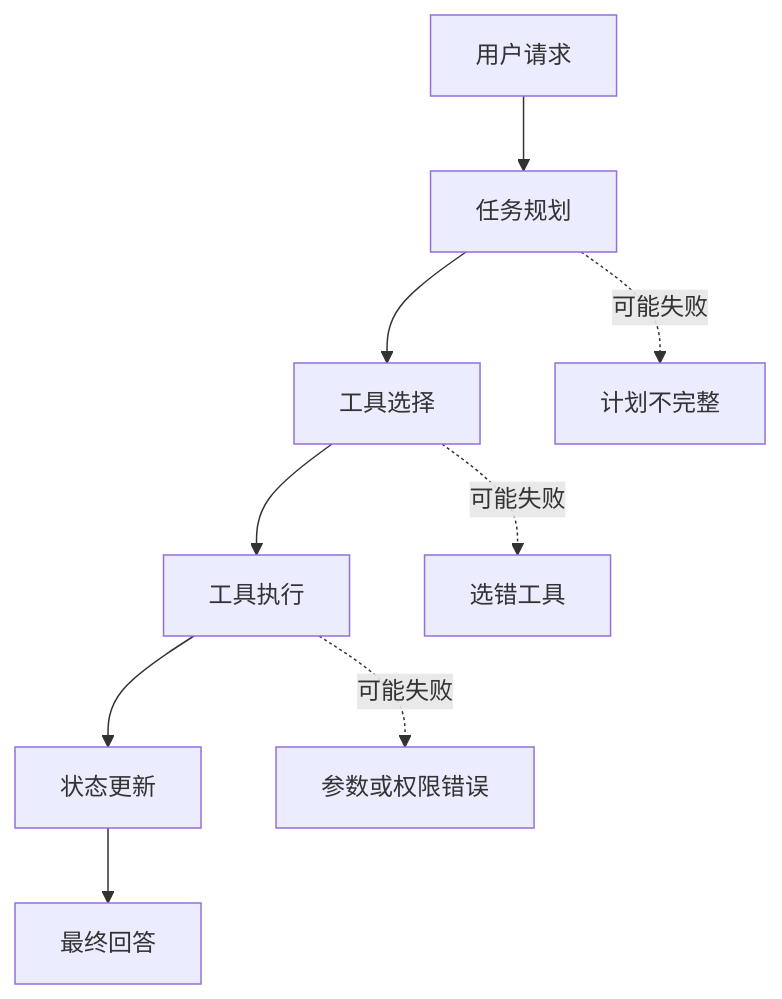
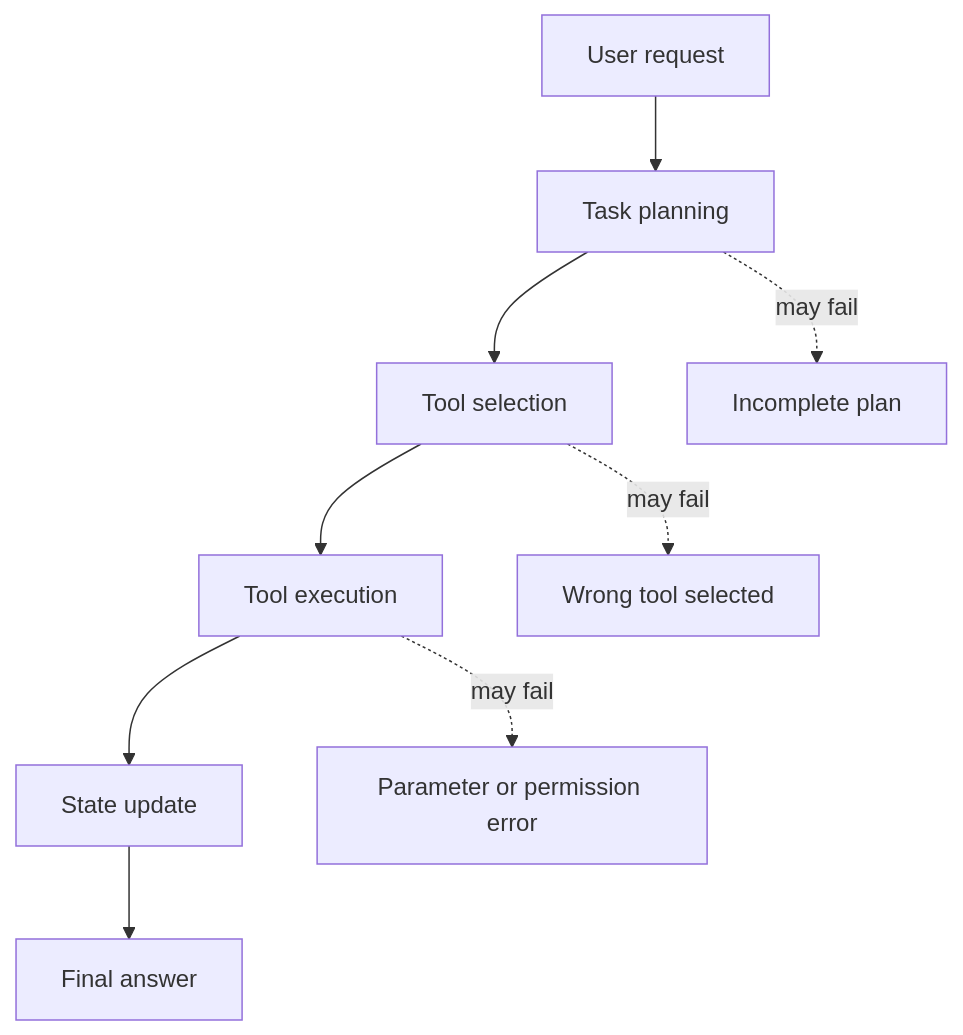
Before and after one commit to oudbiao/AI-fullstack-course: the second of 2 diagrams in docs/ch09-agent/ch08-eval-safety/05-observability.md, drawn with Mermaid. The commit also changed other lines of this file and 1406 other files, not shown here.

````diff
--- a/docs/ch09-agent/ch08-eval-safety/05-observability.md
+++ b/docs/ch09-agent/ch08-eval-safety/05-observability.md
@@ -39,11 +39,11 @@
 ```mermaid
 flowchart TD
-  A[用户请求] --> B[任务规划]
-  B --> C[工具选择]
-  C --> D[工具执行]
-  D --> E[状态更新]
-  E --> F[最终回答]
-  B -.可能失败.-> X[计划不完整]
-  C -.可能失败.-> Y[选错工具]
-  D -.可能失败.-> Z[参数或权限错误]
+  A[User request] --> B[Task planning]
+  B --> C[Tool selection]
+  C --> D[Tool execution]
+  D --> E[State update]
+  E --> F[Final answer]
+  B -.may fail.-> X[Incomplete plan]
+  C -.may fail.-> Y[Wrong tool selected]
+  D -.may fail.-> Z[Parameter or permission error]
 ```
````
